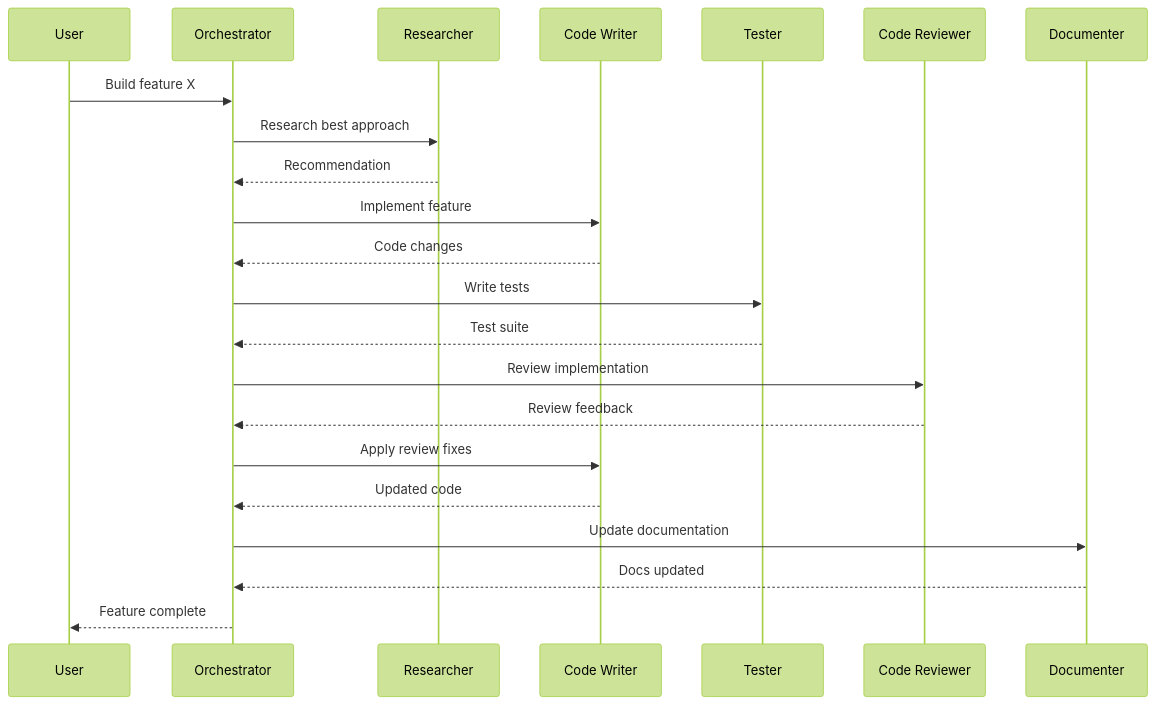
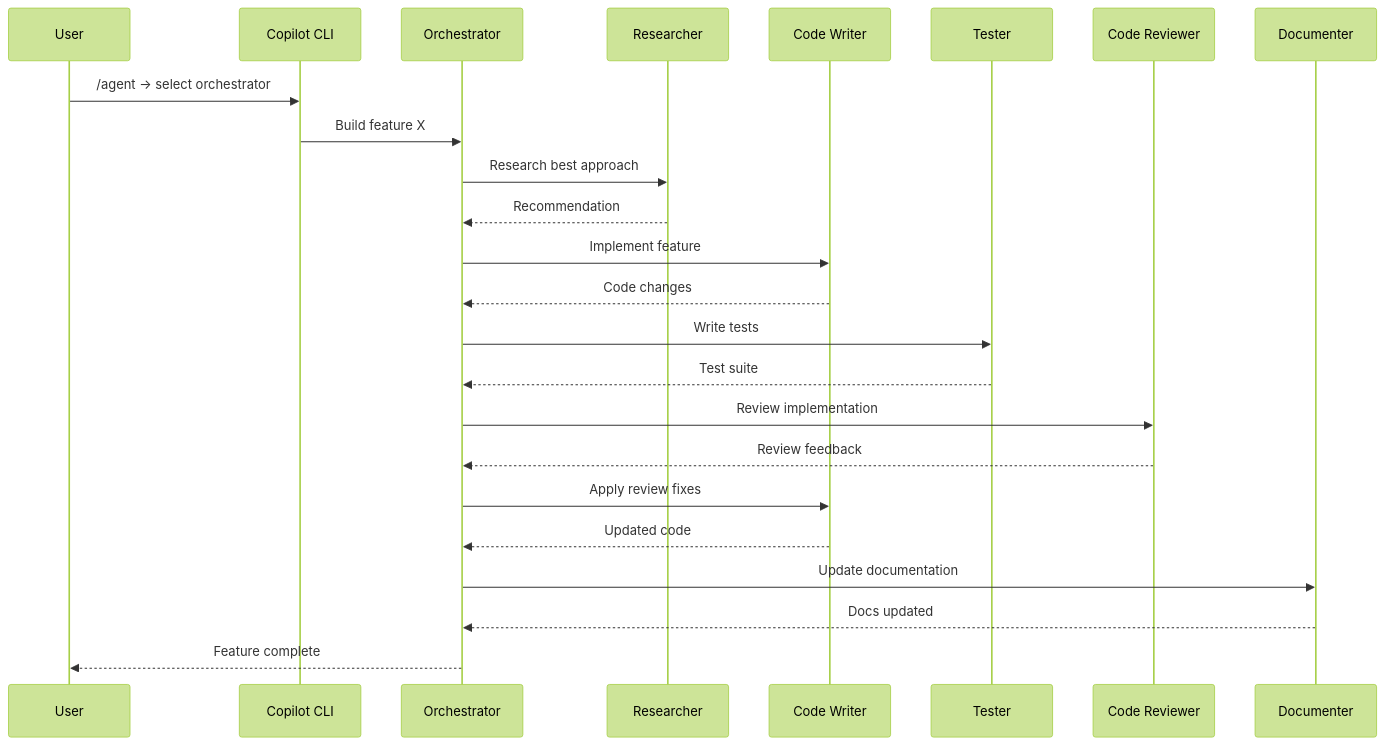
One commit to aazenkoff/copilot-agent-fabric changed the second of 4 diagrams in docs/architecture.md. Above: the diagram before and after it, drawn with Mermaid (forest theme). The commit also changed other lines of this file and 17 other files, not shown here.

First line of the commit message:
docs: refresh Copilot CLI agent guidance

````diff
--- a/docs/architecture.md
+++ b/docs/architecture.md
@@ -93,25 +96,27 @@
 ```mermaid
 sequenceDiagram
     participant U as User
+    participant CLI as Copilot CLI
     participant O as Orchestrator
     participant R as Researcher
     participant CW as Code Writer
     participant T as Tester
     participant CR as Code Reviewer
     participant D as Documenter
 
-    U->>O: Build feature X
+    U->>CLI: /agent → select orchestrator
+    CLI->>O: Build feature X
     O->>R: Research best approach
     R-->>O: Recommendation
     O->>CW: Implement feature
     CW-->>O: Code changes
     O->>T: Write tests
     T-->>O: Test suite
     O->>CR: Review implementation
     CR-->>O: Review feedback
     O->>CW: Apply review fixes
     CW-->>O: Updated code
     O->>D: Update documentation
     D-->>O: Docs updated
     O-->>U: Feature complete
 ```
````
